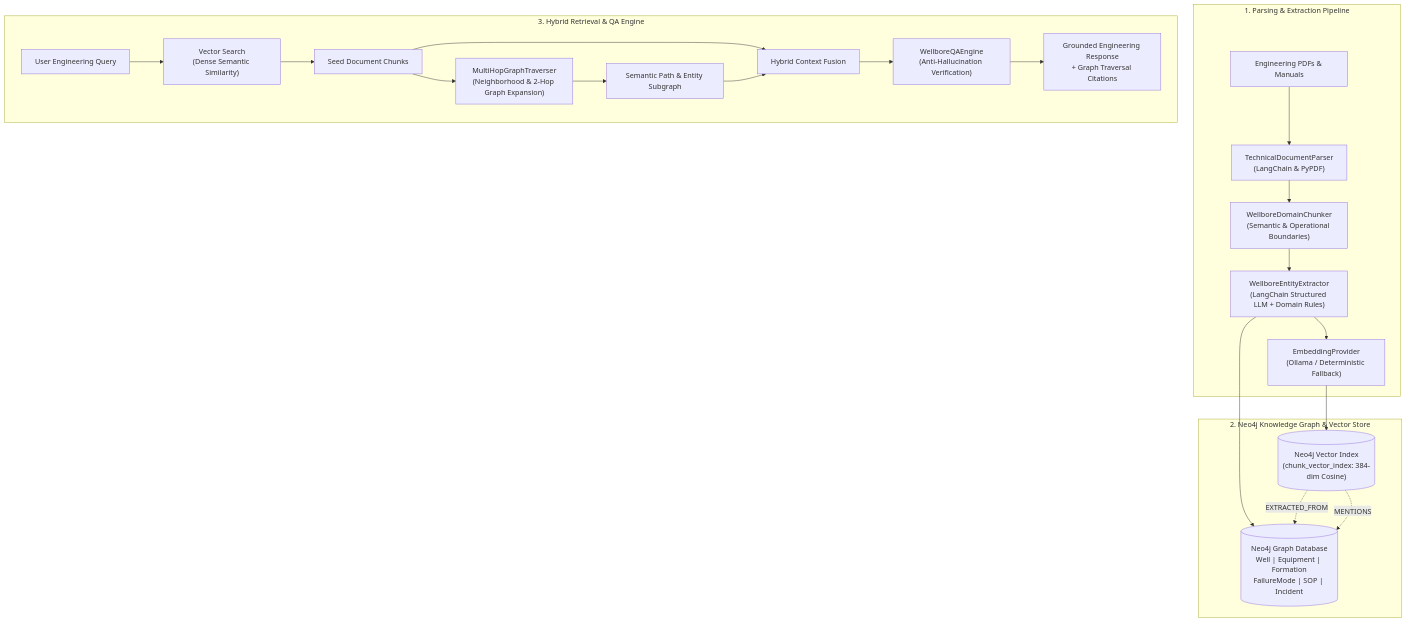
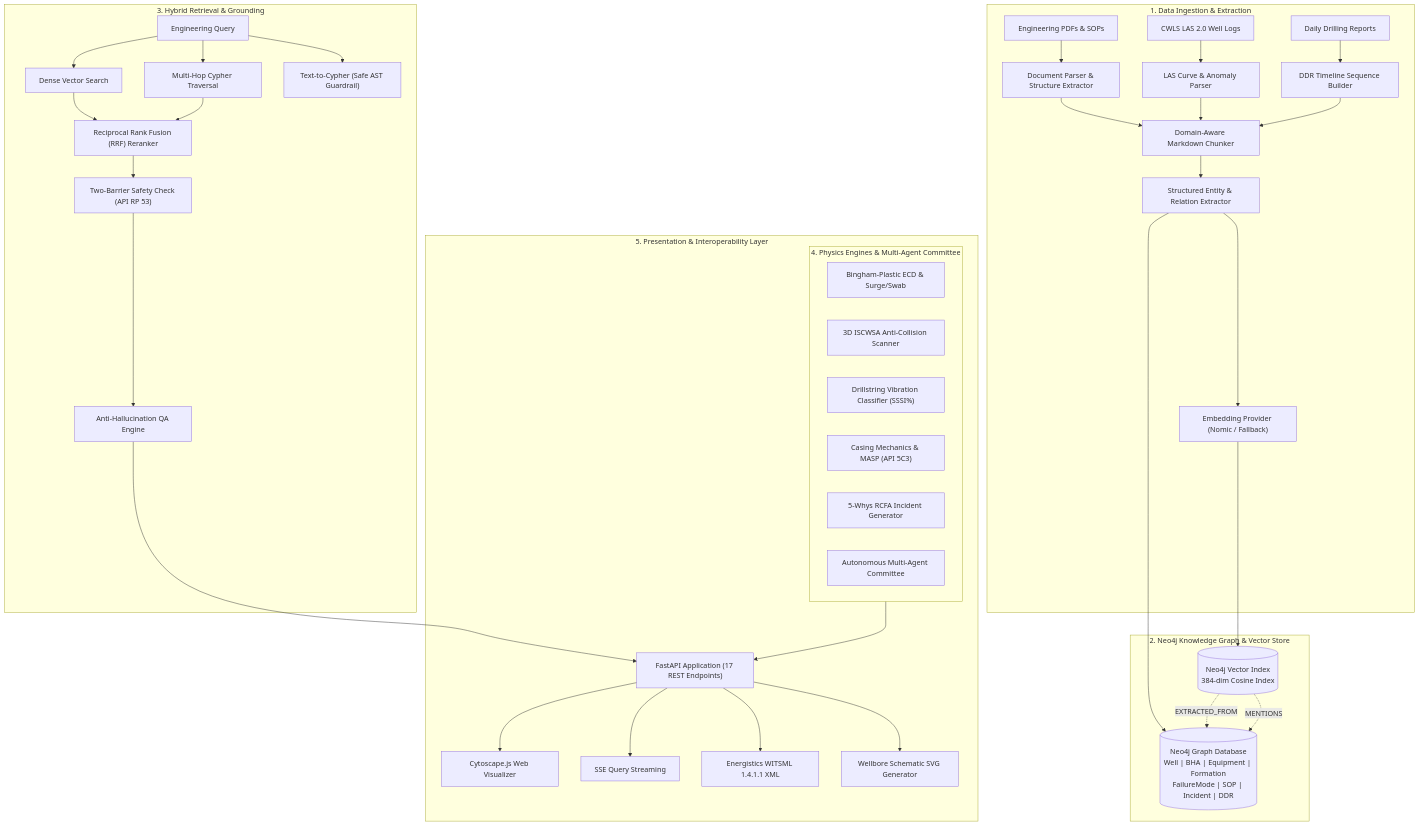
Before and after one commit to kirk-keel/wellbore-knowledge-graph: the diagram in README.md, drawn with Mermaid. The commit also changed other lines of this file and 18 other files, not shown here.

````diff
--- a/README.md
+++ b/README.md
@@ -11,27 +73,44 @@
 ```mermaid
 flowchart TD
-    subgraph Ingestion ["1. Parsing & Extraction Pipeline"]
-        PDF["Engineering PDFs & Manuals"] --> Parser["TechnicalDocumentParser<br/>(LangChain & PyPDF)"]
-        Parser --> Chunker["WellboreDomainChunker<br/>(Semantic & Operational Boundaries)"]
-        Chunker --> Extractor["WellboreEntityExtractor<br/>(LangChain Structured LLM + Domain Rules)"]
-        Extractor --> Embedder["EmbeddingProvider<br/>(Ollama / Deterministic Fallback)"]
+    subgraph Ingestion ["1. Data Ingestion & Extraction"]
+        PDF["Engineering PDFs & SOPs"] --> Parser["Document Parser & Structure Extractor"]
+        LAS["CWLS LAS 2.0 Well Logs"] --> LASParser["LAS Curve & Anomaly Parser"]
+        DDR["Daily Drilling Reports"] --> DDRBuilder["DDR Timeline Sequence Builder"]
+        Parser & LASParser & DDRBuilder --> Chunker["Domain-Aware Markdown Chunker"]
+        Chunker --> Extractor["Structured Entity & Relation Extractor"]
+        Extractor --> Embedder["Embedding Provider (Nomic / Fallback)"]
     end
 
     subgraph Storage ["2. Neo4j Knowledge Graph & Vector Store"]
-        Embedder --> VIndex[("Neo4j Vector Index<br/>(chunk_vector_index: 384-dim Cosine)")]
-        Extractor --> GraphNodes[("Neo4j Graph Database<br/>Well | Equipment | Formation<br/>FailureMode | SOP | Incident")]
+        Embedder --> VIndex[("Neo4j Vector Index<br/>384-dim Cosine Index")]
+        Extractor --> GraphNodes[("Neo4j Graph Database<br/>Well | BHA | Equipment | Formation<br/>FailureMode | SOP | Incident | DDR")]
         VIndex -.->|EXTRACTED_FROM| GraphNodes
         VIndex -.->|MENTIONS| GraphNodes
     end
 
-    subgraph Engine ["3. Hybrid Retrieval & QA Engine"]
-        UserQ["User Engineering Query"] --> VSearch["Vector Search<br/>(Dense Semantic Similarity)"]
-        VSearch --> SeedChunks["Seed Document Chunks"]
-        SeedChunks --> Traverser["MultiHopGraphTraverser<br/>(Neighborhood & 2-Hop Graph Expansion)"]
-        Traverser --> Subgraph["Semantic Path & Entity Subgraph"]
-        SeedChunks --> Fusion["Hybrid Context Fusion"]
-        Subgraph --> Fusion
-        Fusion --> QAEngine["WellboreQAEngine<br/>(Anti-Hallucination Verification)"]
-        QAEngine --> Response["Grounded Engineering Response<br/>+ Graph Traversal Citations"]
+    subgraph Retrieval ["3. Hybrid Retrieval & Grounding"]
+        Query["Engineering Query"] --> VSearch["Dense Vector Search"]
+        Query --> Traversal["Multi-Hop Cypher Traversal"]
+        Query --> Text2Cypher["Text-to-Cypher (Safe AST Guardrail)"]
+        VSearch & Traversal --> RRF["Reciprocal Rank Fusion (RRF) Reranker"]
+        RRF --> Safety["Two-Barrier Safety Check (API RP 53)"]
+        Safety --> Grounding["Anti-Hallucination QA Engine"]
+    end
+
+    subgraph Physics ["4. Physics Engines & Multi-Agent Committee"]
+        Hydraulics["Bingham-Plastic ECD & Surge/Swab"]
+        AntiCollision["3D ISCWSA Anti-Collision Scanner"]
+        Vibrations["Drillstring Vibration Classifier (SSSI%)"]
+        Casing["Casing Mechanics & MASP (API 5C3)"]
+        RCFA["5-Whys RCFA Incident Generator"]
+        Agents["Autonomous Multi-Agent Committee"]
+    end
+
+    subgraph Delivery ["5. Presentation & Interoperability Layer"]
+        Grounding & Physics --> API["FastAPI Application (17 REST Endpoints)"]
+        API --> Dashboard["Cytoscape.js Web Visualizer"]
+        API --> SSE["SSE Query Streaming"]
+        API --> WITSML["Energistics WITSML 1.4.1.1 XML"]
+        API --> SVG["Wellbore Schematic SVG Generator"]
     end
 ```
````
